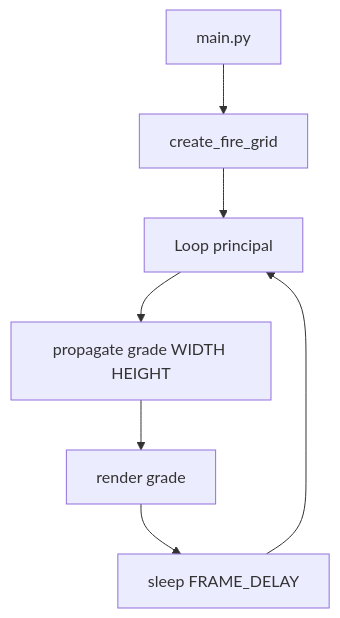
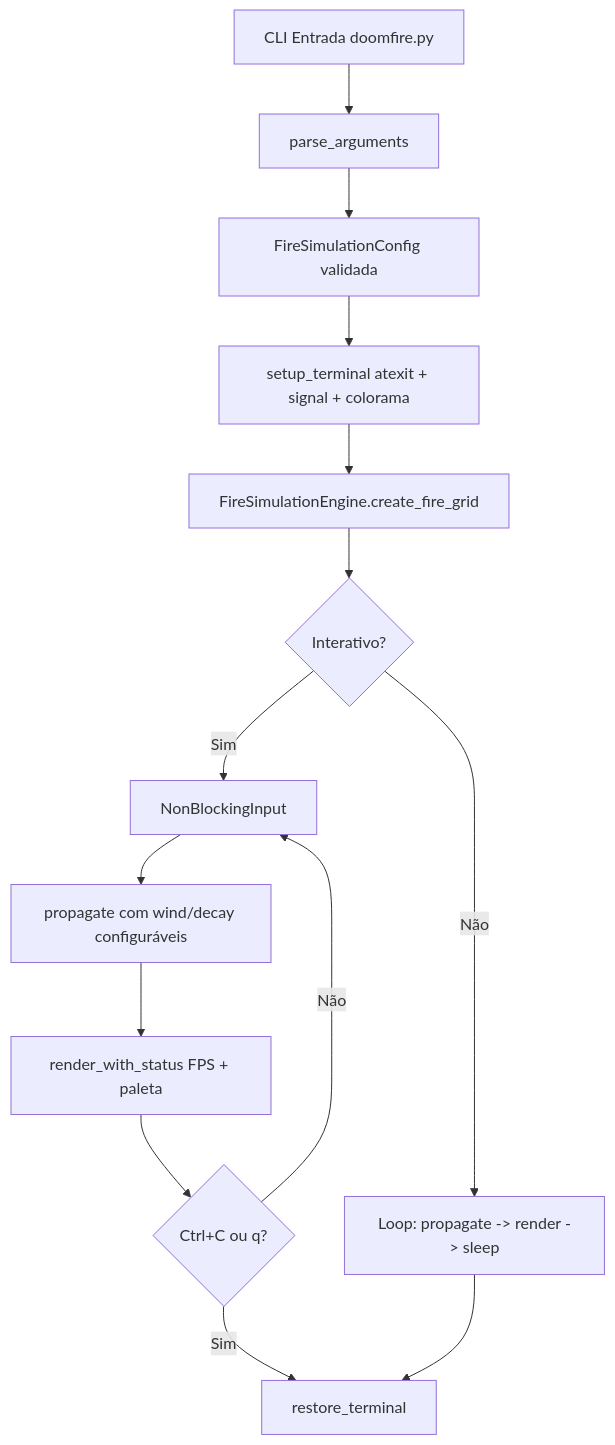
The diagram in DoomFire-Terminal/README.md (panda12332145/DoomFire-Terminal), drawn with Mermaid before and after one commit. The commit also changed other lines of this file and 22 other files, not shown here.

First line of the commit message:
feat: refatora DoomFire-Terminal v2.0 - arquitetura modular, CLI completo, paletas multiplas, modo interativo, colorama, auto-resize, testes 28 pytest

````diff
--- a/DoomFire-Terminal/README.md
+++ b/DoomFire-Terminal/README.md
@@ -37,9 +151,16 @@
 ```mermaid
 graph TD
-A[main.py] --> B[create_fire_grid]
-B --> C[Loop principal]
-C --> D[propagate grade WIDTH HEIGHT]
-D --> E[render grade]
-E --> F[sleep FRAME_DELAY]
-F --> C
+    A[CLI Entrada doomfire.py] --> B[parse_arguments]
+    B --> C[FireSimulationConfig validada]
+    C --> D[setup_terminal atexit + signal + colorama]
+    D --> E[FireSimulationEngine.create_fire_grid]
+    E --> F{Interativo?}
+    F -->|Não| G[Loop: propagate -> render -> sleep]
+    F -->|Sim| H[NonBlockingInput]
+    H --> I[propagate com wind/decay configuráveis]
+    I --> J[render_with_status FPS + paleta]
+    J --> K{Ctrl+C ou q?}
+    K -->|Não| H
+    K -->|Sim| L[restore_terminal]
+    G --> L
 ```
````
